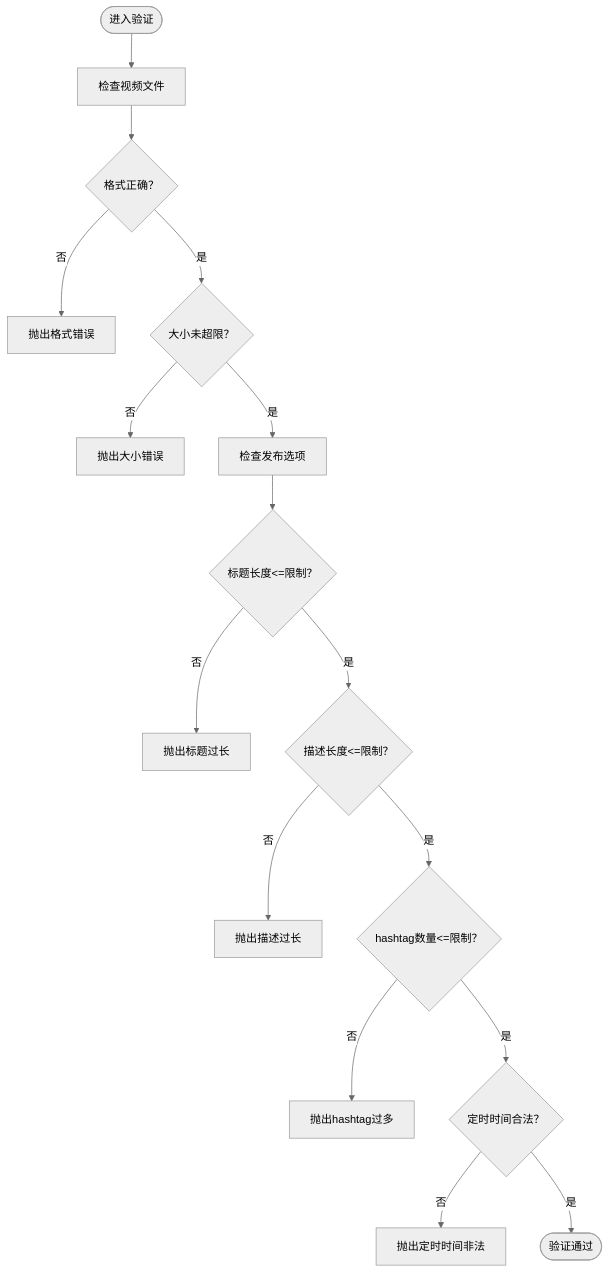
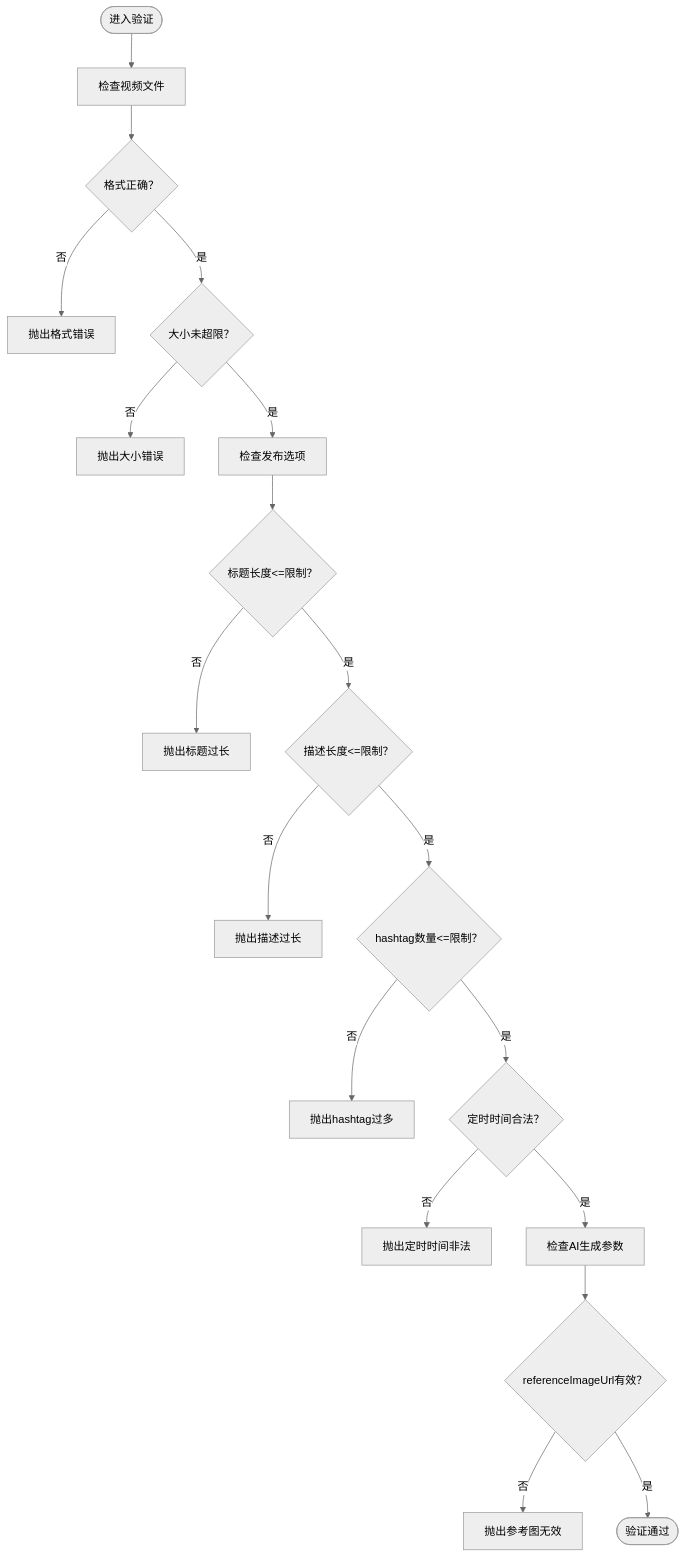
The fourth of 4 diagrams in .qoder/repowiki/zh/content/数据模型.md (songdiyang/clawOperations), drawn with Mermaid (neutral theme) before and after one commit. The commit also changed other lines of this file and 7 other files, not shown here.

````diff
--- a/.qoder/repowiki/zh/content/数据模型.md
+++ b/.qoder/repowiki/zh/content/数据模型.md
@@ -521,18 +723,21 @@
 ```mermaid
 flowchart TD
 Start(["进入验证"]) --> CheckFile["检查视频文件"]
 CheckFile --> FormatOK{"格式正确？"}
 FormatOK --> |否| ThrowFormat["抛出格式错误"]
 FormatOK --> |是| SizeOK{"大小未超限？"}
 SizeOK --> |否| ThrowSize["抛出大小错误"]
 SizeOK --> |是| CheckOptions["检查发布选项"]
 CheckOptions --> TitleLen{"标题长度<=限制？"}
 TitleLen --> |否| ThrowTitle["抛出标题过长"]
 TitleLen --> |是| DescLen{"描述长度<=限制？"}
 DescLen --> |否| ThrowDesc["抛出描述过长"]
 DescLen --> |是| HashtagsCount{"hashtag数量<=限制？"}
 HashtagsCount --> |否| ThrowTags["抛出hashtag过多"]
 HashtagsCount --> |是| ScheduleTime{"定时时间合法？"}
 ScheduleTime --> |否| ThrowSchedule["抛出定时时间非法"]
-ScheduleTime --> |是| Done(["验证通过"])
+ScheduleTime --> |是| CheckAI["检查AI生成参数"]
+CheckAI --> RefImgValid{"referenceImageUrl有效？"}
+RefImgValid --> |否| ThrowRefImg["抛出参考图无效"]
+RefImgValid --> |是| Done(["验证通过"])
 ```
````
